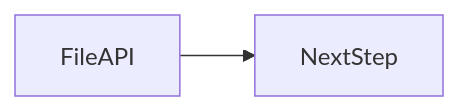
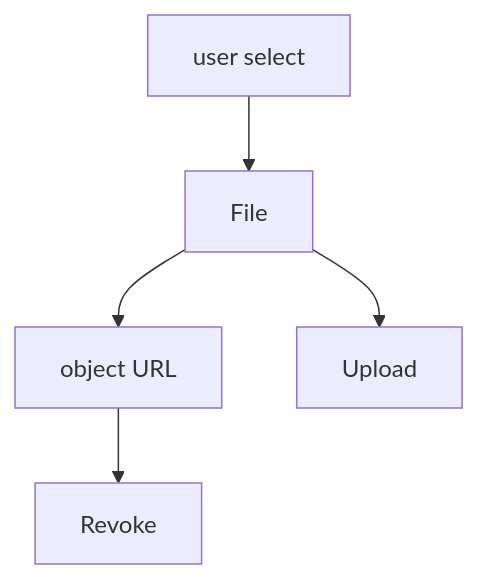
The first of 2 diagrams in docs/en/09-browser-apis/file-api/index.md (OmidJavaherii/Frontend-Engineering-Handbook), drawn with Mermaid before and after one commit. The commit also changed other lines of this file and 461 other files, not shown here.

````diff
--- a/docs/en/09-browser-apis/file-api/index.md
+++ b/docs/en/09-browser-apis/file-api/index.md
@@ -94,4 +54,7 @@
 ```mermaid
-flowchart LR
-  concept[FileAPI] --> nextStep[NextStep]
+flowchart TD
+  Pick[user select] --> File
+  File --> Preview[object URL]
+  File --> Upload
+  Preview --> Revoke
 ```
````
